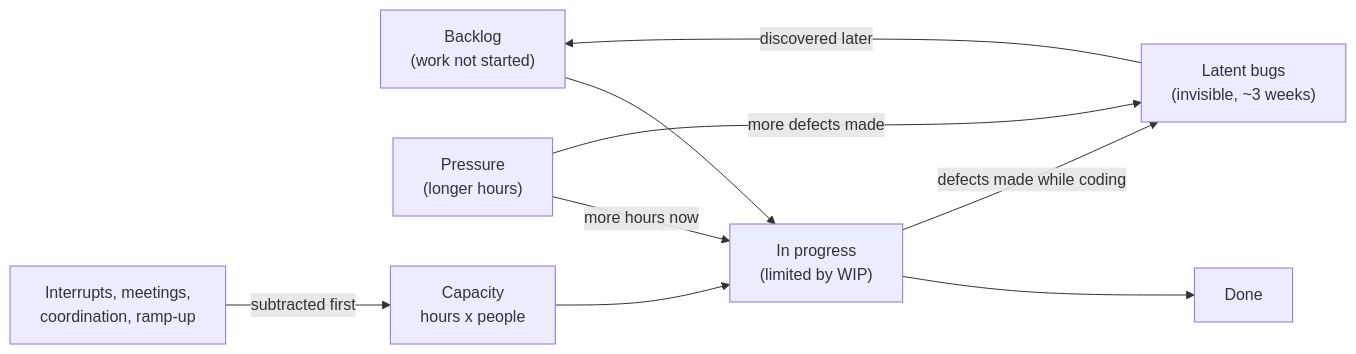
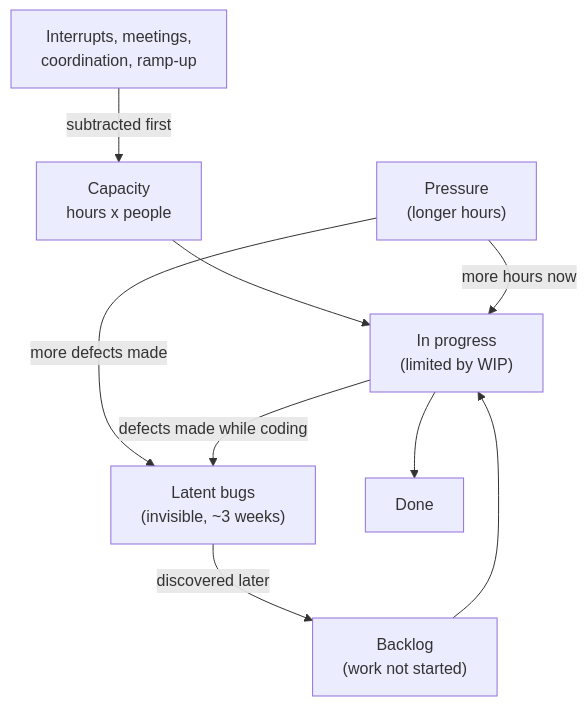
The first of 3 diagrams in 61-work-pressure-and-deadlines/README.md (ravivarmachaluvadi/Learning), drawn with Mermaid before and after one commit. The commit also changed other lines of this file, not shown here.

First line of the commit message:
Rewrite work-pressure-and-deadlines for delivery

````diff
--- a/61-work-pressure-and-deadlines/README.md
+++ b/61-work-pressure-and-deadlines/README.md
@@ -374,11 +546,11 @@
 ```mermaid
-flowchart LR
-    B["Backlog<br/>(work not started)"] --> A["In progress<br/>(limited by WIP)"]
+flowchart TD
+    I["Interrupts, meetings,<br/>coordination, ramp-up"] -- "subtracted first" --> C["Capacity<br/>hours x people"]
+    C --> A["In progress<br/>(limited by WIP)"]
+    B["Backlog<br/>(work not started)"] --> A
+    P["Pressure<br/>(longer hours)"] -- "more hours now" --> A
+    P -- "more defects made" --> L["Latent bugs<br/>(invisible, ~3 weeks)"]
+    A -- "defects made while coding" --> L
     A --> D["Done"]
-    A -- "defects made while coding" --> L["Latent bugs<br/>(invisible, ~3 weeks)"]
     L -- "discovered later" --> B
-    P["Pressure<br/>(longer hours)"] -- "more hours now" --> A
-    P -- "more defects made" --> L
-    C["Capacity<br/>hours x people"] --> A
-    I["Interrupts, meetings,<br/>coordination, ramp-up"] -- "subtracted first" --> C
 ```
````
